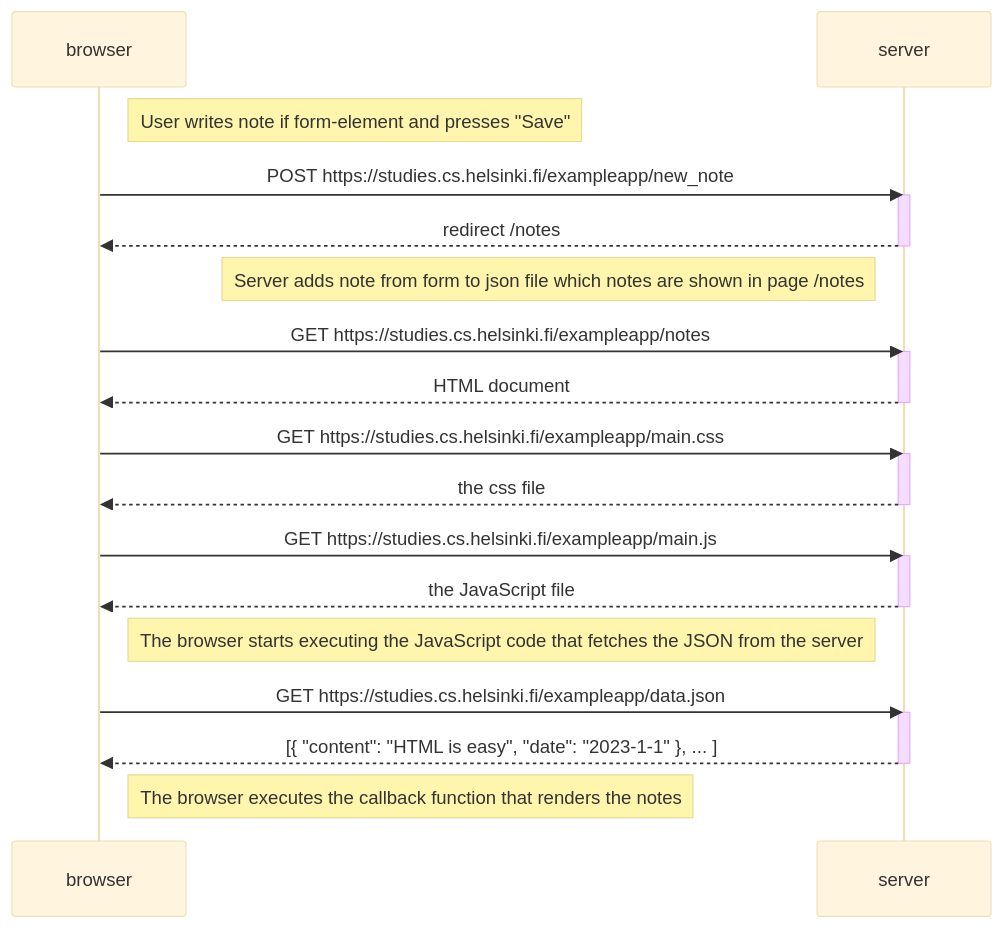
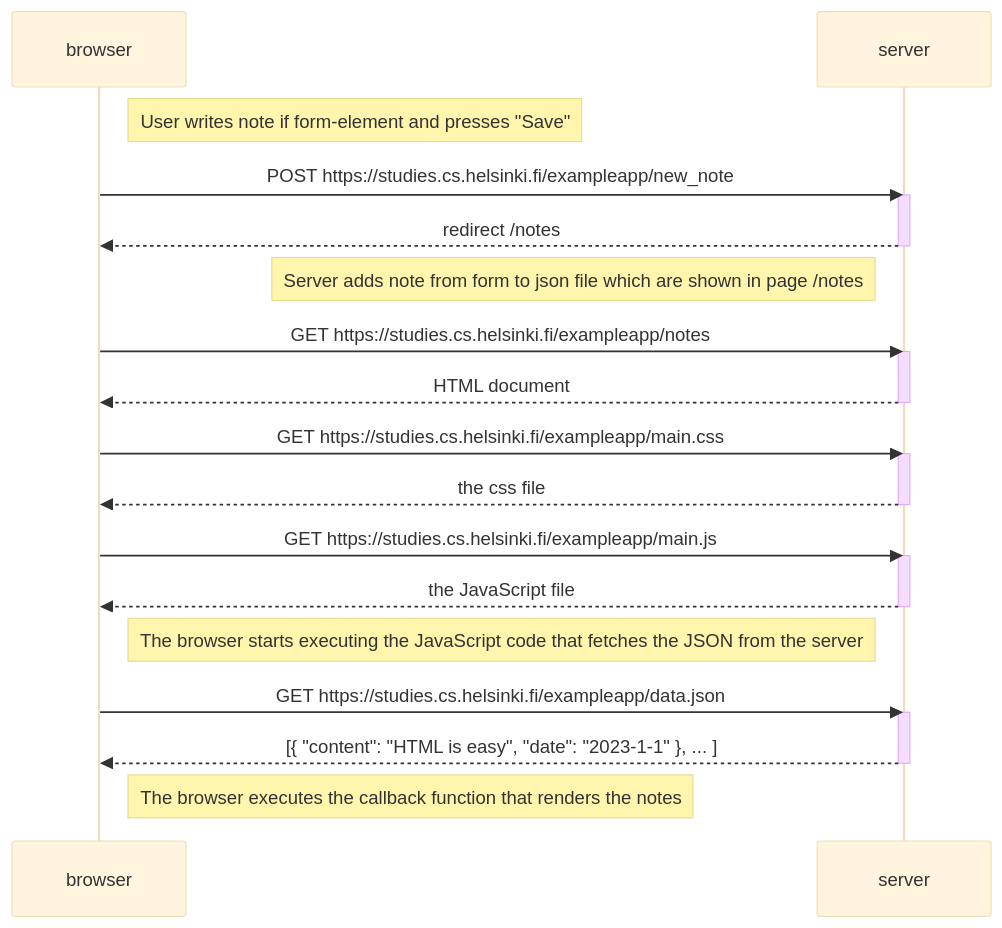
Before and after one commit to hertei/fullstackopen: the diagram in osa0/README.md, drawn with Mermaid (base theme). The commit also changed other lines of this file, not shown here.

````diff
--- a/osa0/README.md
+++ b/osa0/README.md
@@ -35,38 +4,38 @@
 ```mermaid
 sequenceDiagram
     participant browser
     participant server
     
     Note right of browser: User writes note if form-element and presses "Save"
 
     browser->>server: POST https://studies.cs.helsinki.fi/exampleapp/new_note
     activate server
     server-->>browser: redirect /notes
     deactivate server
 
-    Note left of server: Server adds note from form to json file which notes are shown in page /notes
+    Note left of server: Server adds note from form to json file which are shown in page /notes
 
     browser->>server: GET https://studies.cs.helsinki.fi/exampleapp/notes
     activate server
     server-->>browser: HTML document
     deactivate server
     
     browser->>server: GET https://studies.cs.helsinki.fi/exampleapp/main.css
     activate server
     server-->>browser: the css file
     deactivate server
     
     browser->>server: GET https://studies.cs.helsinki.fi/exampleapp/main.js
     activate server
     server-->>browser: the JavaScript file
     deactivate server
     
     Note right of browser: The browser starts executing the JavaScript code that fetches the JSON from the server
     
     browser->>server: GET https://studies.cs.helsinki.fi/exampleapp/data.json
     activate server
     server-->>browser: [{ "content": "HTML is easy", "date": "2023-1-1" }, ... ]
     deactivate server    
 
     Note right of browser: The browser executes the callback function that renders the notes 
 ```
````
